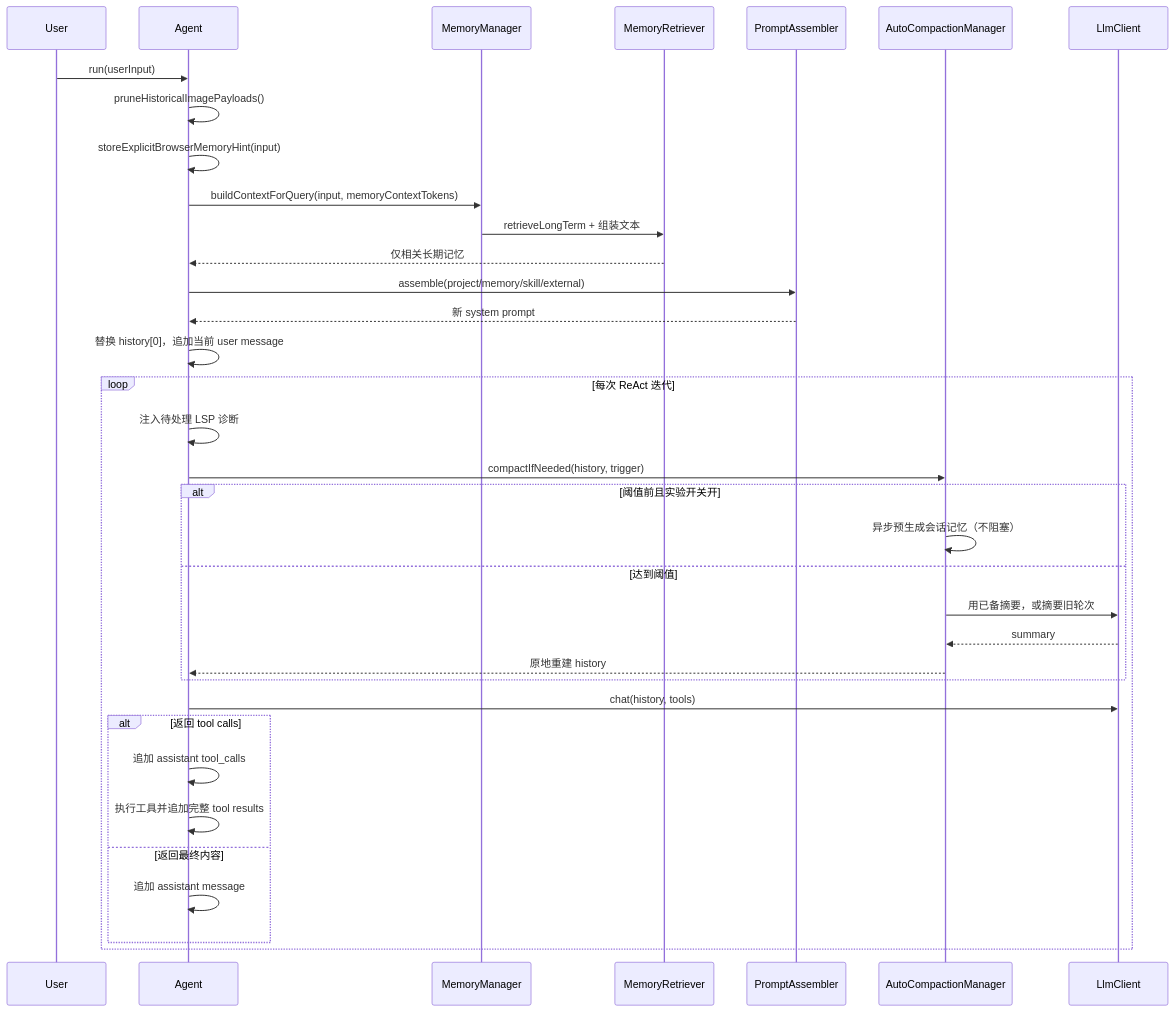
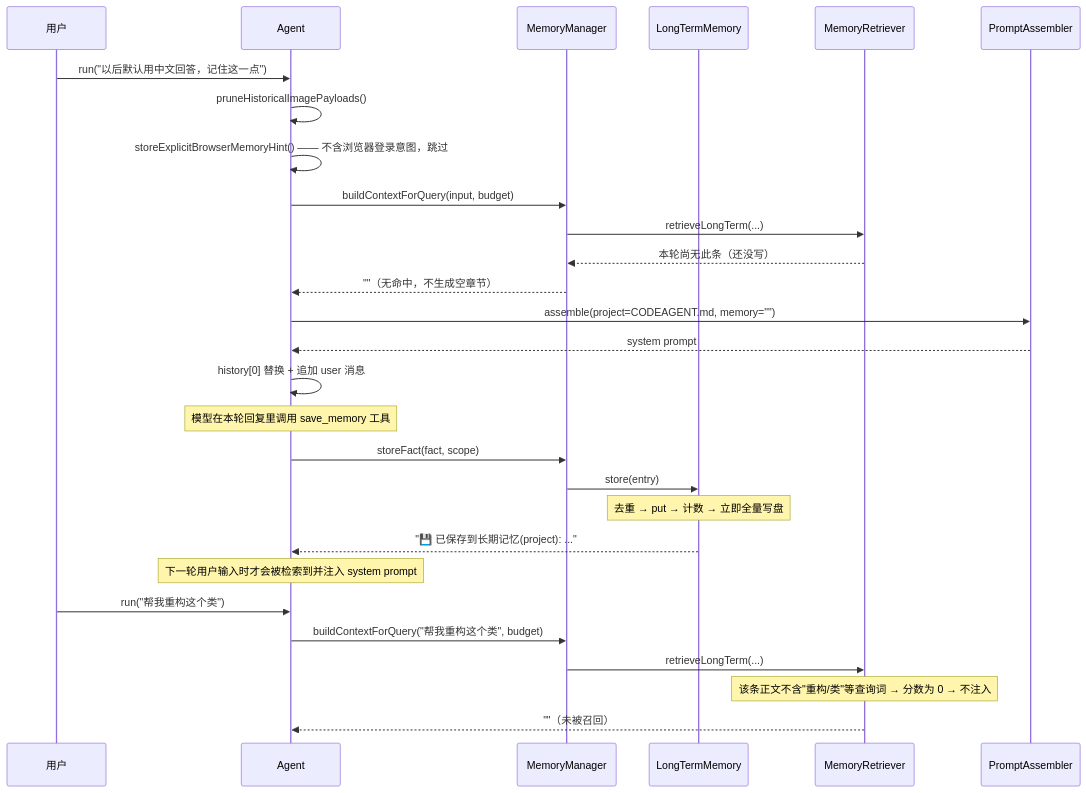
Before and after one commit to zgjdev/Code-Agent: the third of 3 diagrams in docs/dev/06-memory-context.md, drawn with Mermaid. The commit also changed other lines of this file and 5 other files, not shown here.

````diff
--- a/docs/dev/06-memory-context.md
+++ b/docs/dev/06-memory-context.md
@@ -99,38 +803,31 @@
 ```mermaid
 sequenceDiagram
-    participant U as User
+    participant U as 用户
     participant A as Agent
-    participant MM as MemoryManager
-    participant MR as MemoryRetriever
-    participant PA as PromptAssembler
-    participant AC as AutoCompactionManager
-    participant L as LlmClient
+    participant M as MemoryManager
+    participant L as LongTermMemory
+    participant R as MemoryRetriever
+    participant P as PromptAssembler
 
-    U->>A: run(userInput)
+    U->>A: run("以后默认用中文回答，记住这一点")
     A->>A: pruneHistoricalImagePayloads()
-    A->>A: storeExplicitBrowserMemoryHint(input)
-    A->>MM: buildContextForQuery(input, memoryContextTokens)
-    MM->>MR: retrieveLongTerm + 组装文本
-    MR-->>A: 仅相关长期记忆
-    A->>PA: assemble(project/memory/skill/external)
-    PA-->>A: 新 system prompt
-    A->>A: 替换 history[0]，追加当前 user message
-    loop 每次 ReAct 迭代
-        A->>A: 注入待处理 LSP 诊断
-        A->>AC: compactIfNeeded(history, trigger)
-        alt 阈值前且实验开关开
-            AC->>AC: 异步预生成会话记忆（不阻塞）
-        else 达到阈值
-            AC->>L: 用已备摘要，或摘要旧轮次
-            L-->>AC: summary
-            AC-->>A: 原地重建 history
-        end
-        A->>L: chat(history, tools)
-        alt 返回 tool calls
-            A->>A: 追加 assistant tool_calls
-            A->>A: 执行工具并追加完整 tool results
-        else 返回最终内容
-            A->>A: 追加 assistant message
-        end
-    end
+    A->>A: storeExplicitBrowserMemoryHint() —— 不含浏览器登录意图，跳过
+    A->>M: buildContextForQuery(input, budget)
+    M->>R: retrieveLongTerm(...)
+    R-->>M: 本轮尚无此条（还没写）
+    M-->>A: ""（无命中，不生成空章节）
+    A->>P: assemble(project=CODEAGENT.md, memory="")
+    P-->>A: system prompt
+    A->>A: history[0] 替换 + 追加 user 消息
+    Note over A: 模型在本轮回复里调用 save_memory 工具
+    A->>M: storeFact(fact, scope)
+    M->>L: store(entry)
+    Note over L: 去重 → put → 计数 → 立即全量写盘
+    L-->>A: "💾 已保存到长期记忆(project): ..."
+    Note over A: 下一轮用户输入时才会被检索到并注入 system prompt
+    U->>A: run("帮我重构这个类")
+    A->>M: buildContextForQuery("帮我重构这个类", budget)
+    M->>R: retrieveLongTerm(...)
+    Note over R: 该条正文不含"重构/类"等查询词 → 分数为 0 → 不注入
+    R-->>A: ""（未被召回）
 ```
````
